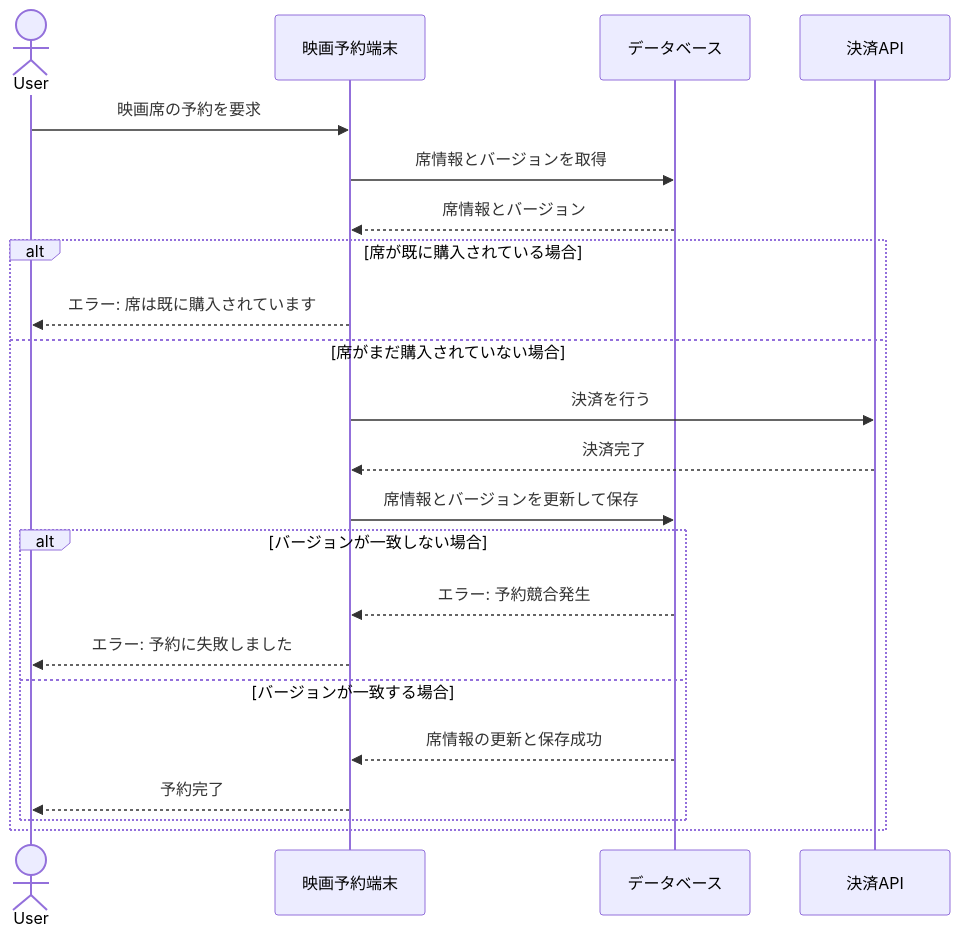
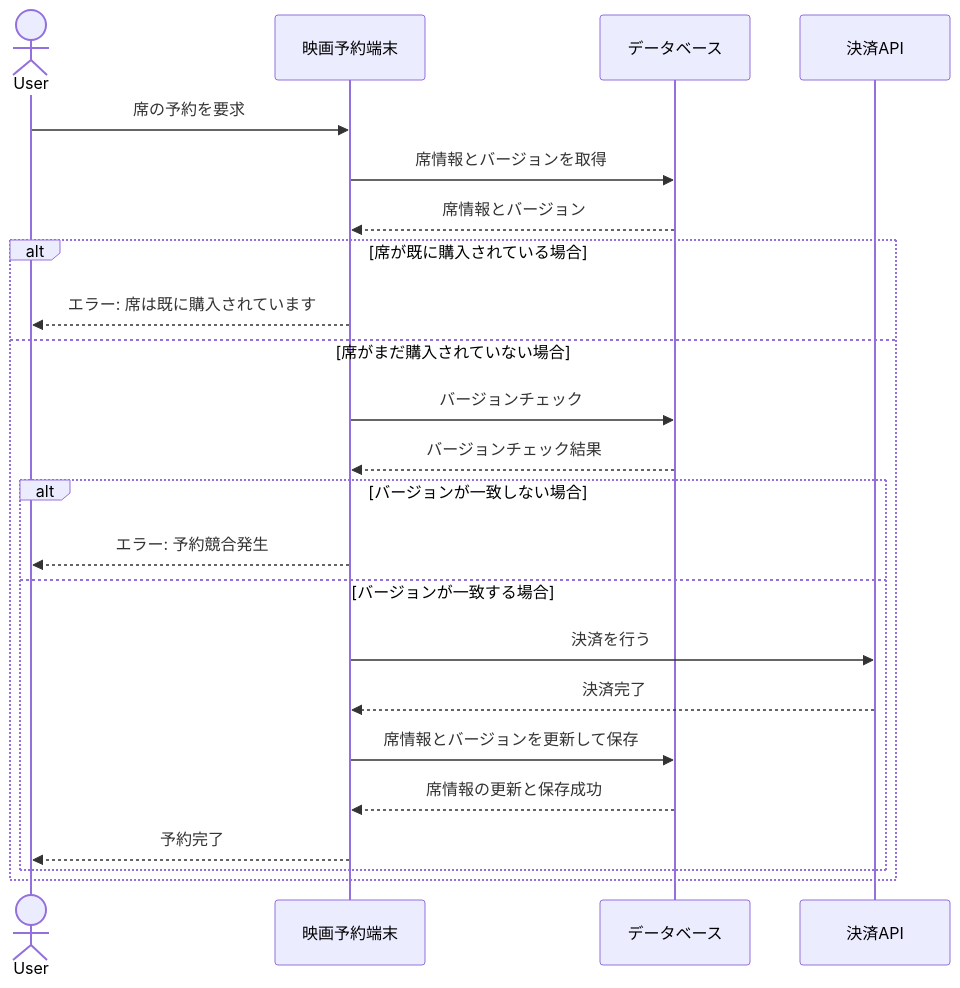
Before and after one commit to seiha-tsuge/p-challenge: the diagram in database/p-challenge-21/README.md, drawn with Mermaid. The commit also changed other lines of this file, not shown here.

````diff
--- a/database/p-challenge-21/README.md
+++ b/database/p-challenge-21/README.md
@@ -278,26 +278,27 @@
 ``` mermaid
 sequenceDiagram
     actor User
 
     participant Terminal as 映画予約端末
     participant Database as データベース
     participant PaymentAPI as 決済API
 
-    User->>Terminal: 映画席の予約を要求
+    User->>Terminal: 席の予約を要求
     Terminal->>Database: 席情報とバージョンを取得
     Database-->>Terminal: 席情報とバージョン
     alt 席が既に購入されている場合
         Terminal-->>User: エラー: 席は既に購入されています
     else 席がまだ購入されていない場合
-        Terminal->>PaymentAPI: 決済を行う
-        PaymentAPI-->>Terminal: 決済完了
-        Terminal->>Database: 席情報とバージョンを更新して保存
+        Terminal->>Database: バージョンチェック
+        Database-->>Terminal: バージョンチェック結果
         alt バージョンが一致しない場合
-            Database-->>Terminal: エラー: 予約競合発生
-            Terminal-->>User: エラー: 予約に失敗しました
+            Terminal-->>User: エラー: 予約競合発生
         else バージョンが一致する場合
+            Terminal->>PaymentAPI: 決済を行う
+            PaymentAPI-->>Terminal: 決済完了
+            Terminal->>Database: 席情報とバージョンを更新して保存
             Database-->>Terminal: 席情報の更新と保存成功
             Terminal-->>User: 予約完了
         end
     end
 ```
````
